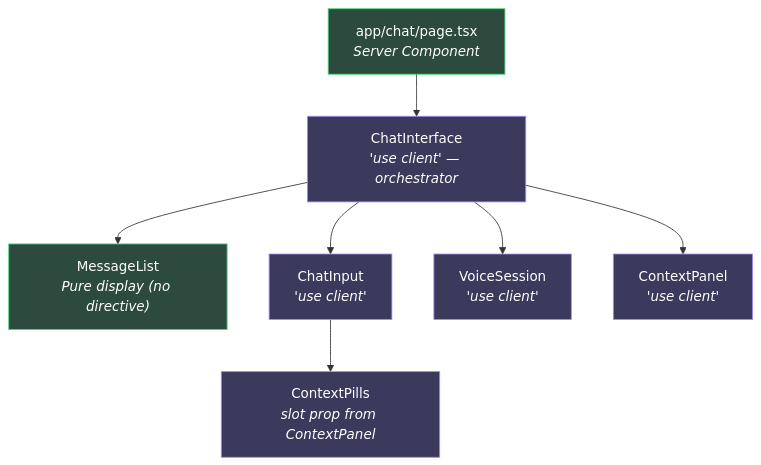
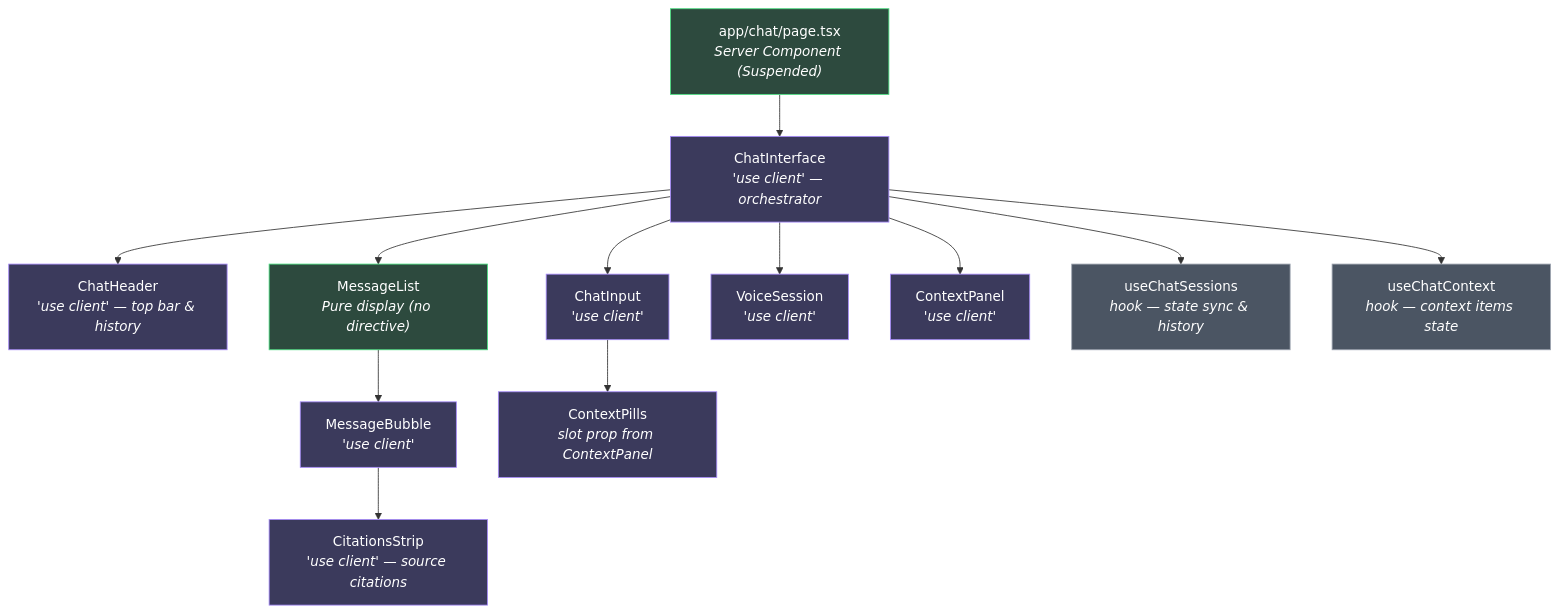
One commit to MainuddinMehedi/global-news-aggregator changed the first of 3 diagrams in docs/1. Domain specific/6. chat/0. chat-interface.md. Above: the diagram before and after it, drawn with Mermaid. The commit also changed other lines of this file and 24 other files, not shown here.

First line of the commit message:
refactor(chat): modularize chat flow, prevent double-sends, and synchronize context database state

````diff
--- a/docs/1. Domain specific/6. chat/0. chat-interface.md
+++ b/docs/1. Domain specific/6. chat/0. chat-interface.md
@@ -71,17 +78,27 @@
 ```mermaid
 graph TD
-    A["app/chat/page.tsx<br/><em>Server Component</em>"] --> B["ChatInterface<br/><em>'use client' — orchestrator</em>"]
-    B --> C["MessageList<br/><em>Pure display (no directive)</em>"]
-    B --> D["ChatInput<br/><em>'use client'</em>"]
-    B --> E["VoiceSession<br/><em>'use client'</em>"]
-    B --> F["ContextPanel<br/><em>'use client'</em>"]
-    D --> G["ContextPills<br/><em>slot prop from ContextPanel</em>"]
+    A["app/chat/page.tsx<br/><em>Server Component (Suspended)</em>"] --> B["ChatInterface<br/><em>'use client' — orchestrator</em>"]
+    B --> C["ChatHeader<br/><em>'use client' — top bar & history</em>"]
+    B --> D["MessageList<br/><em>Pure display (no directive)</em>"]
+    D --> D1["MessageBubble<br/><em>'use client'</em>"]
+    D1 --> D2["CitationsStrip<br/><em>'use client' — source citations</em>"]
+    B --> E["ChatInput<br/><em>'use client'</em>"]
+    B --> F["VoiceSession<br/><em>'use client'</em>"]
+    B --> G["ContextPanel<br/><em>'use client'</em>"]
+    E --> H["ContextPills<br/><em>slot prop from ContextPanel</em>"]
+    B --> I["useChatSessions<br/><em>hook — state sync & history</em>"]
+    B --> J["useChatContext<br/><em>hook — context items state</em>"]
     
     style A fill:#2d4a3e,stroke:#4ade80,color:#fff
     style B fill:#3b3a5c,stroke:#a78bfa,color:#fff
-    style C fill:#2d4a3e,stroke:#4ade80,color:#fff
-    style D fill:#3b3a5c,stroke:#a78bfa,color:#fff
+    style C fill:#3b3a5c,stroke:#a78bfa,color:#fff
+    style D fill:#2d4a3e,stroke:#4ade80,color:#fff
+    style D1 fill:#3b3a5c,stroke:#a78bfa,color:#fff
+    style D2 fill:#3b3a5c,stroke:#a78bfa,color:#fff
     style E fill:#3b3a5c,stroke:#a78bfa,color:#fff
     style F fill:#3b3a5c,stroke:#a78bfa,color:#fff
     style G fill:#3b3a5c,stroke:#a78bfa,color:#fff
+    style H fill:#3b3a5c,stroke:#a78bfa,color:#fff
+    style I fill:#4b5563,stroke:#9ca3af,color:#fff
+    style J fill:#4b5563,stroke:#9ca3af,color:#fff
 ```
````
